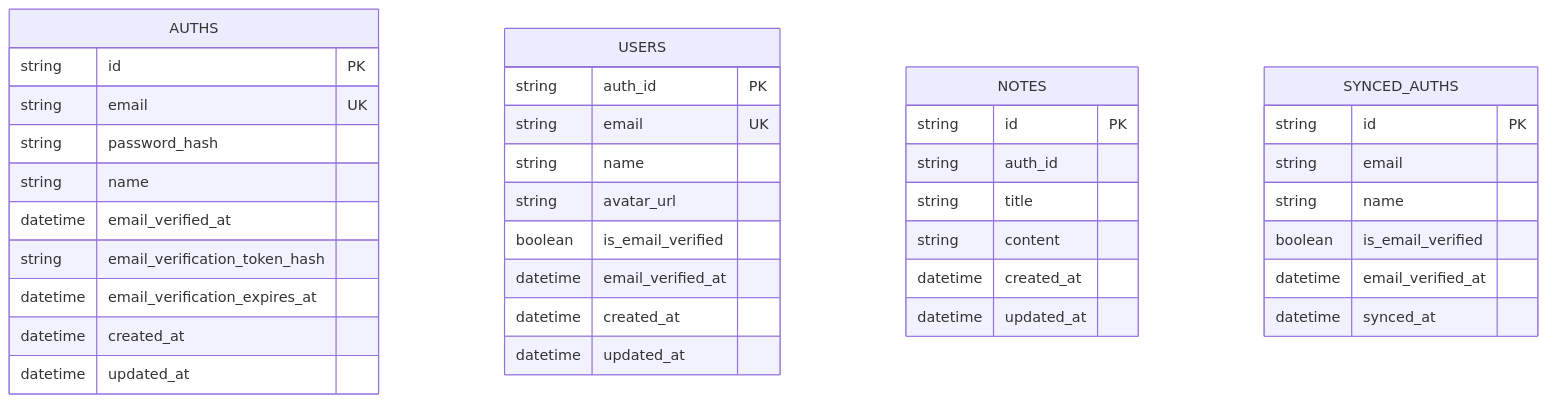
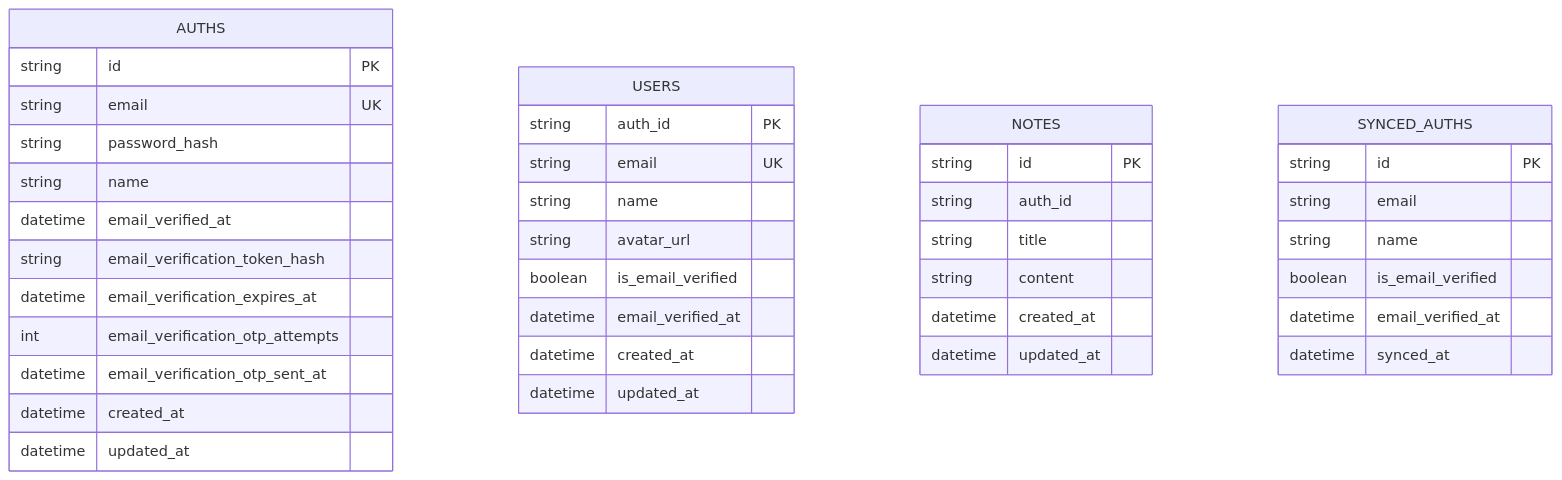
Before and after one commit to Learning-and-Exploring/note-rabbitmq: the second of 2 diagrams in DATABASE.md, drawn with Mermaid. The commit also changed other lines of this file and 13 other files, not shown here.

````diff
--- a/DATABASE.md
+++ b/DATABASE.md
@@ -27,43 +27,45 @@
 ```mermaid
 erDiagram
   AUTHS {
     string id PK
     string email UK
     string password_hash
     string name
     datetime email_verified_at
     string email_verification_token_hash
     datetime email_verification_expires_at
+    int email_verification_otp_attempts
+    datetime email_verification_otp_sent_at
     datetime created_at
     datetime updated_at
   }
 
   USERS {
     string auth_id PK
     string email UK
     string name
     string avatar_url
     boolean is_email_verified
     datetime email_verified_at
     datetime created_at
     datetime updated_at
   }
 
   NOTES {
     string id PK
     string auth_id
     string title
     string content
     datetime created_at
     datetime updated_at
   }
 
   SYNCED_AUTHS {
     string id PK
     string email
     string name
     boolean is_email_verified
     datetime email_verified_at
     datetime synced_at
   }
 ```
````
